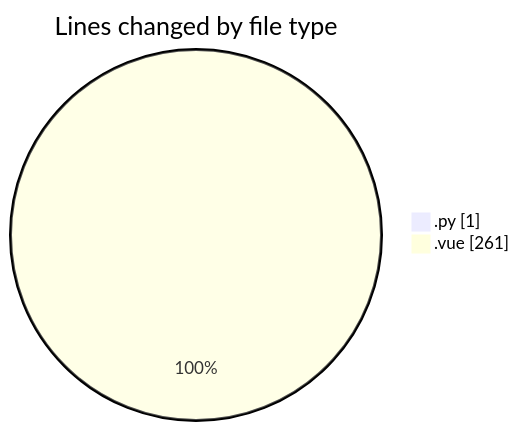
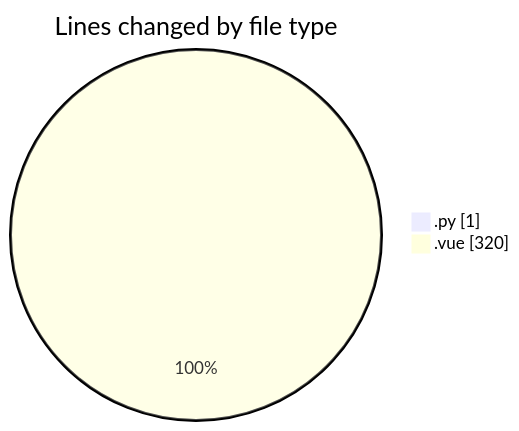
The first of 2 diagrams in 2025-05-12/cancelacionsegurosvida/README.md (jcpc91/code-tracking), drawn with Mermaid before and after one commit. The commit also changed other lines of this file and 1 other file, not shown here.

````diff
--- a/2025-05-12/cancelacionsegurosvida/README.md
+++ b/2025-05-12/cancelacionsegurosvida/README.md
@@ -23,6 +23,6 @@
 ```mermaid
 pie showData
 title Lines changed by file type
 ".py" : 1
-".vue" : 261
+".vue" : 320
 ```
````
